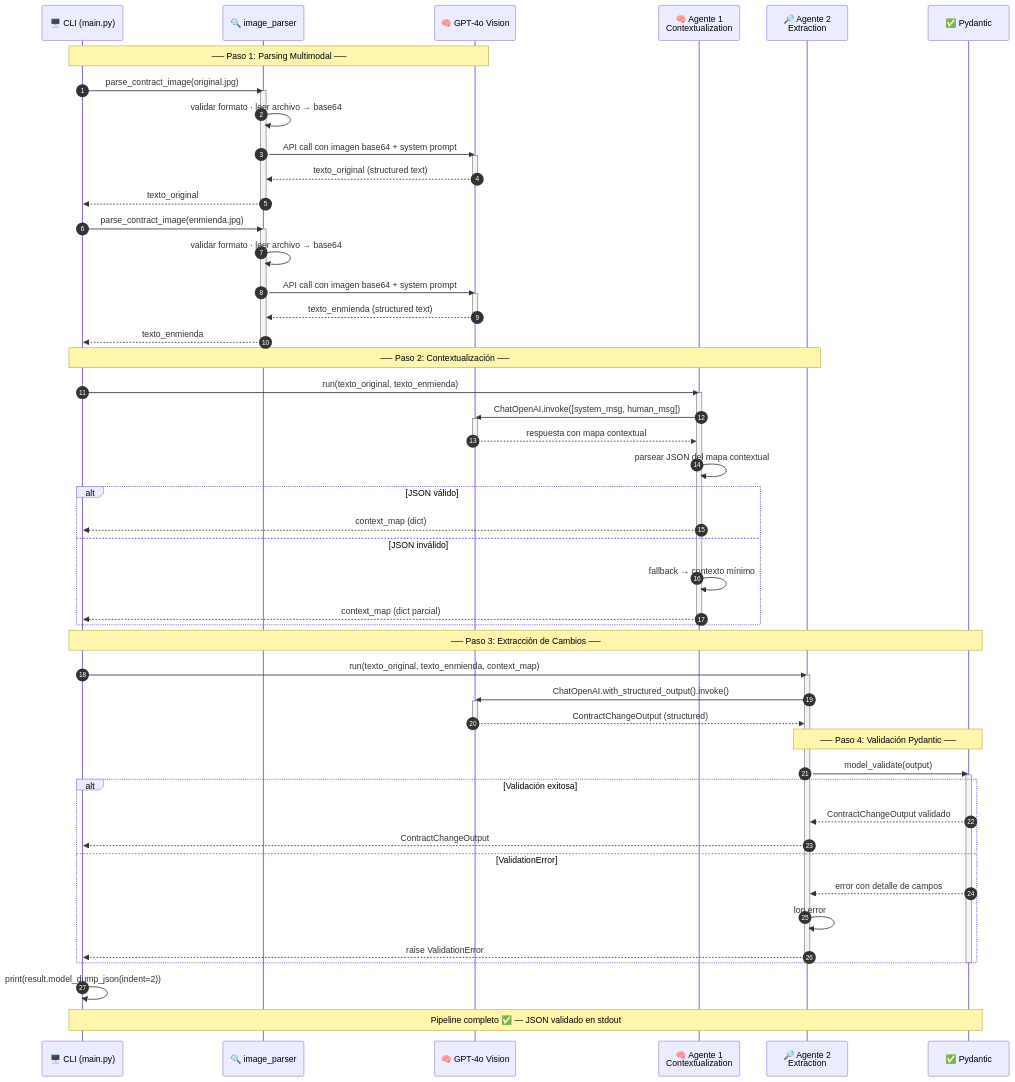
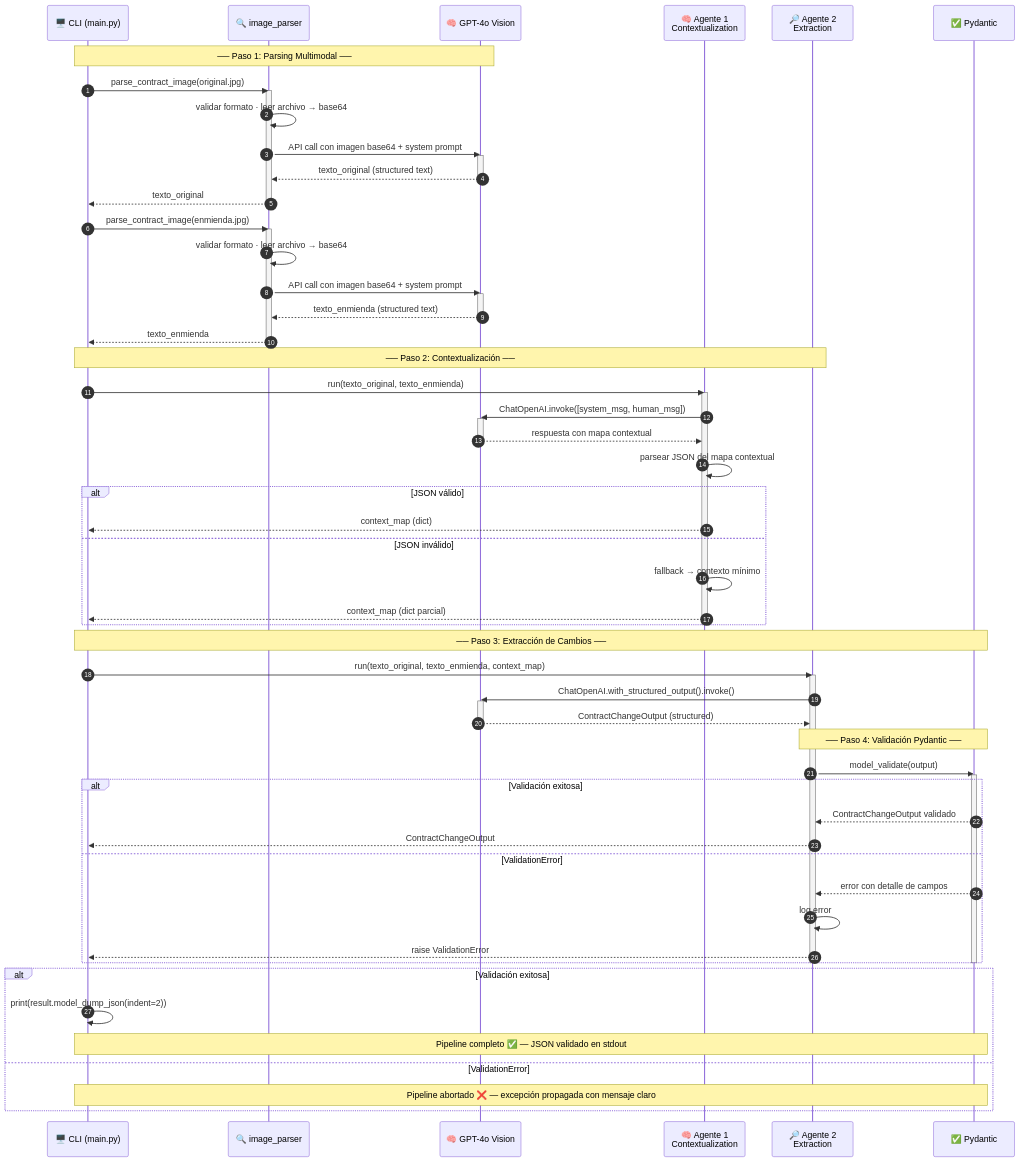
One commit to oriasmauro/henry-aem4 changed the second of 5 diagrams in README.md. Above: the diagram before and after it, drawn with Mermaid.

````diff
--- a/README.md
+++ b/README.md
@@ -74,77 +74,80 @@
 ```mermaid
 sequenceDiagram
     autonumber
     participant CLI as 🖥️ CLI (main.py)
     participant IP as 🔍 image_parser
     participant GPT as 🧠 GPT-4o Vision
     participant CA as 🧠 Agente 1<br/>Contextualization
     participant EA as 🔎 Agente 2<br/>Extraction
     participant PYD as ✅ Pydantic
 
     Note over CLI,GPT: ── Paso 1: Parsing Multimodal ──
 
     CLI->>IP: parse_contract_image(original.jpg)
     activate IP
     IP->>IP: validar formato · leer archivo → base64
     IP->>GPT: API call con imagen base64 + system prompt
     activate GPT
     GPT-->>IP: texto_original (structured text)
     deactivate GPT
     IP-->>CLI: texto_original
     deactivate IP
 
     CLI->>IP: parse_contract_image(enmienda.jpg)
     activate IP
     IP->>IP: validar formato · leer archivo → base64
     IP->>GPT: API call con imagen base64 + system prompt
     activate GPT
     GPT-->>IP: texto_enmienda (structured text)
     deactivate GPT
     IP-->>CLI: texto_enmienda
     deactivate IP
 
     Note over CLI,EA: ── Paso 2: Contextualización ──
 
     CLI->>CA: run(texto_original, texto_enmienda)
     activate CA
     CA->>GPT: ChatOpenAI.invoke([system_msg, human_msg])
     activate GPT
     GPT-->>CA: respuesta con mapa contextual
     deactivate GPT
     CA->>CA: parsear JSON del mapa contextual
     alt JSON válido
         CA-->>CLI: context_map (dict)
     else JSON inválido
         CA->>CA: fallback → contexto mínimo
         CA-->>CLI: context_map (dict parcial)
     end
     deactivate CA
 
     Note over CLI,PYD: ── Paso 3: Extracción de Cambios ──
 
     CLI->>EA: run(texto_original, texto_enmienda, context_map)
     activate EA
     EA->>GPT: ChatOpenAI.with_structured_output().invoke()
     activate GPT
     GPT-->>EA: ContractChangeOutput (structured)
     deactivate GPT
 
     Note over EA,PYD: ── Paso 4: Validación Pydantic ──
 
     EA->>PYD: model_validate(output)
     activate PYD
     alt Validación exitosa
         PYD-->>EA: ContractChangeOutput validado
         EA-->>CLI: ContractChangeOutput
     else ValidationError
         PYD-->>EA: error con detalle de campos
         EA->>EA: log error
         EA-->>CLI: raise ValidationError
     end
     deactivate PYD
     deactivate EA
 
-    CLI->>CLI: print(result.model_dump_json(indent=2))
-
-    Note over CLI,PYD: Pipeline completo ✅ — JSON validado en stdout
+    alt Validación exitosa
+        CLI->>CLI: print(result.model_dump_json(indent=2))
+        Note over CLI,PYD: Pipeline completo ✅ — JSON validado en stdout
+    else ValidationError
+        Note over CLI,PYD: Pipeline abortado ❌ — excepción propagada con mensaje claro
+    end
 ```
````
